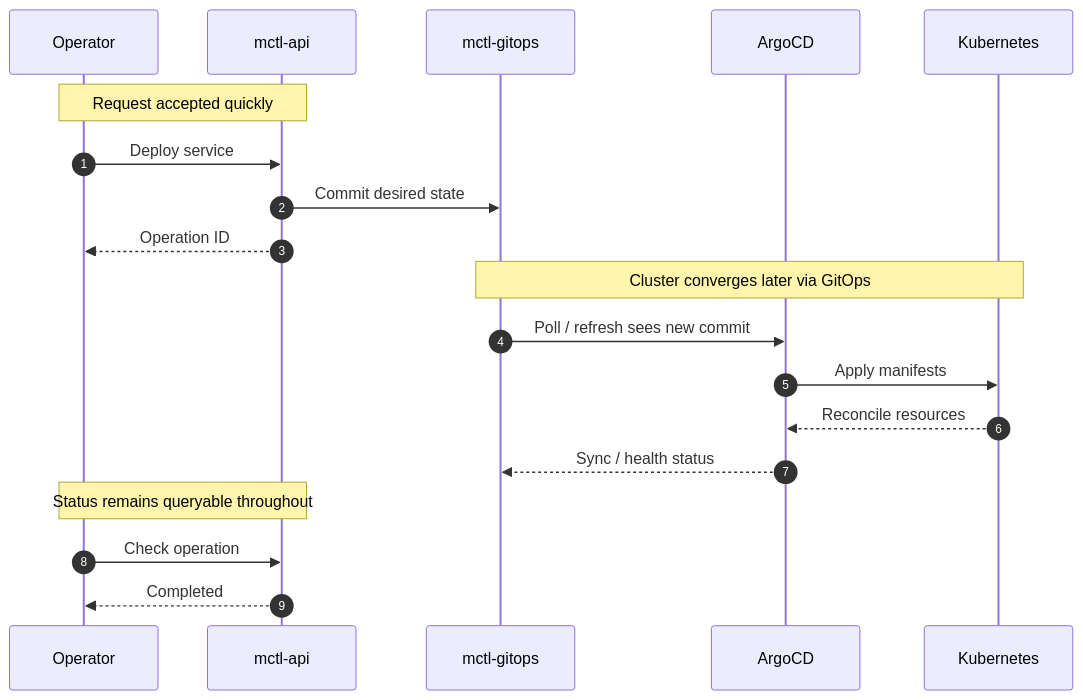
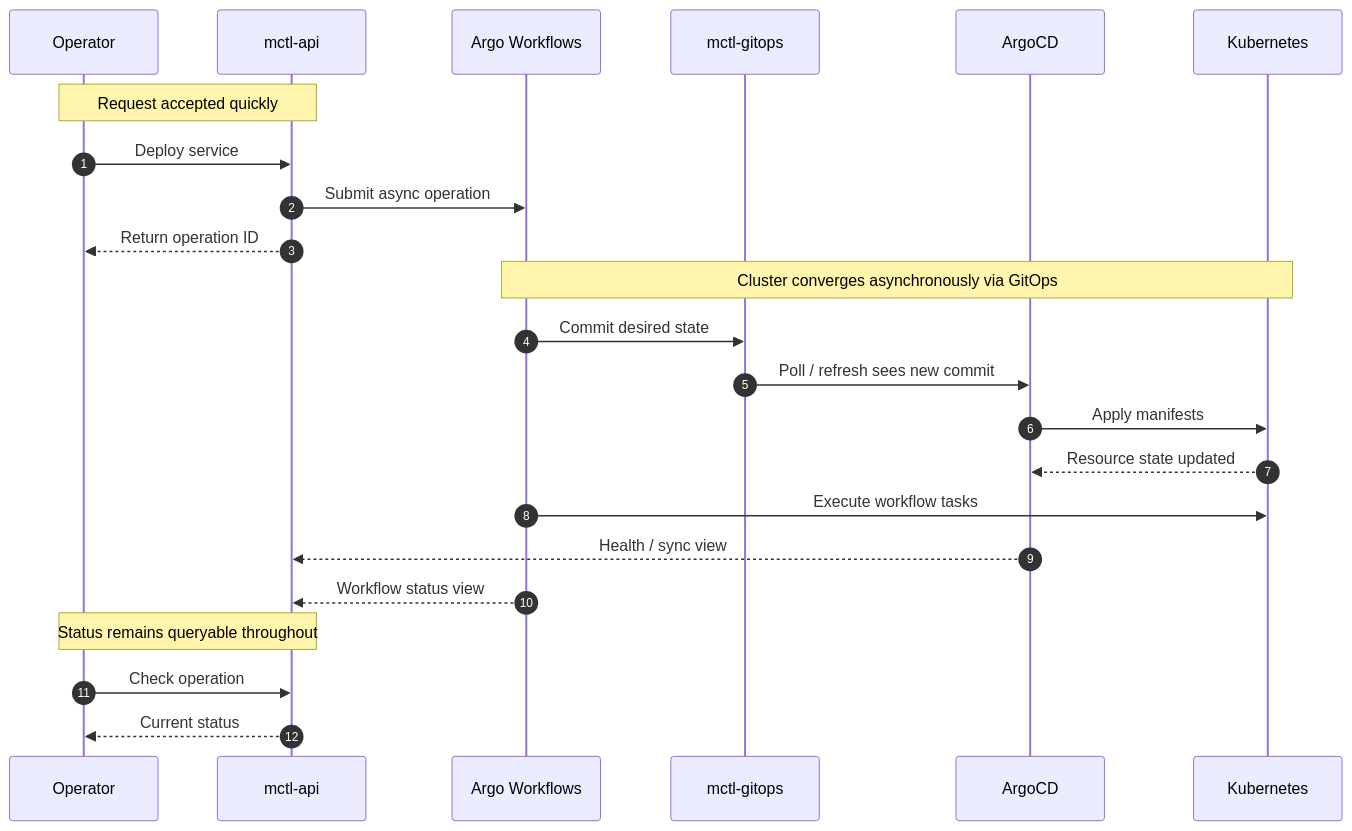
One commit to mctlhq/mctl-docs changed the diagram in docs/guides/gitops-workflows.md. Above: the diagram before and after it, drawn with Mermaid. The commit also changed 2 other files, not shown here.

Commit message:
fix(docs): align mermaid diagrams with workflow semantics

````diff
--- a/docs/guides/gitops-workflows.md
+++ b/docs/guides/gitops-workflows.md
@@ -7,24 +7,28 @@
 ```mermaid
 sequenceDiagram
     autonumber
     participant User as Operator
     participant API as mctl-api
+    participant WF as Argo Workflows
     participant Git as mctl-gitops
     participant Argo as ArgoCD
     participant K8s as Kubernetes
 
     Note over User,API: Request accepted quickly
     User->>API: Deploy service
-    API->>Git: Commit desired state
-    API-->>User: Operation ID
+    API->>WF: Submit async operation
+    API-->>User: Return operation ID
 
-    Note over Git,K8s: Cluster converges later via GitOps
+    Note over WF,K8s: Cluster converges asynchronously via GitOps
+    WF->>Git: Commit desired state
     Git->>Argo: Poll / refresh sees new commit
     Argo->>K8s: Apply manifests
-    K8s-->>Argo: Reconcile resources
-    Argo-->>Git: Sync / health status
+    K8s-->>Argo: Resource state updated
+    WF->>K8s: Execute workflow tasks
+    Argo-->>API: Health / sync view
+    WF-->>API: Workflow status view
 
     Note over User,API: Status remains queryable throughout
     User->>API: Check operation
-    API-->>User: Completed
+    API-->>User: Current status
 ```
````
